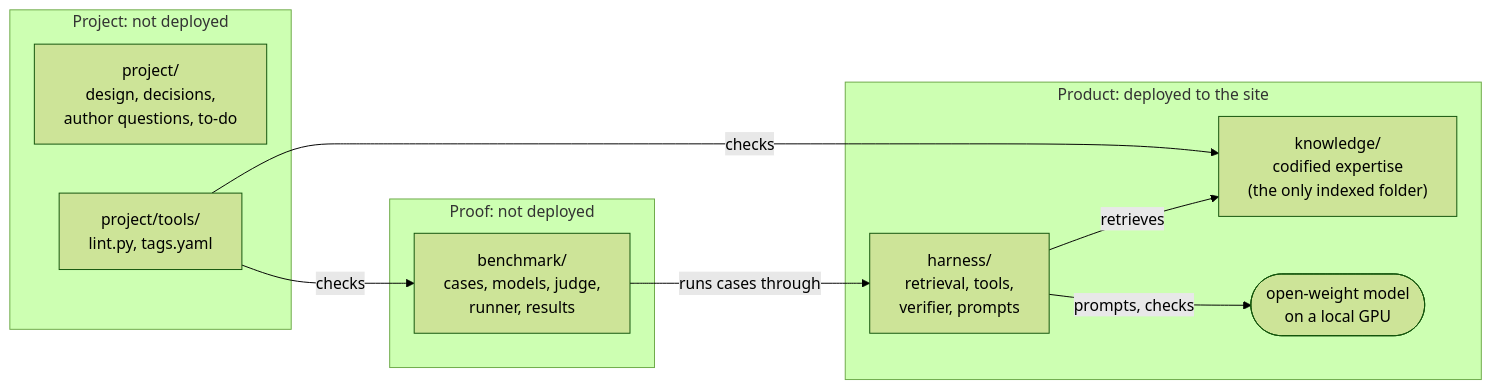
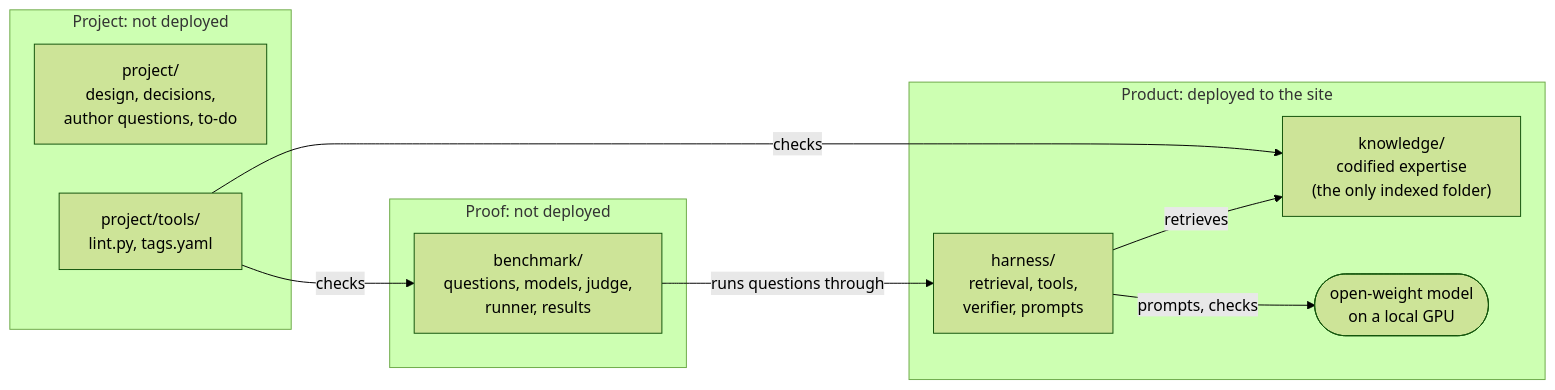
One commit to e1-rahabok/agent-e2 changed the diagram in README.md. Above: the diagram before and after it, drawn with Mermaid (forest theme). The commit also changed other lines of this file and 64 other files, not shown here.

````diff
--- a/README.md
+++ b/README.md
@@ -36,20 +36,20 @@
 ```mermaid
 flowchart LR
   subgraph Product["Product: deployed to the site"]
     K["knowledge/<br/>codified expertise<br/>(the only indexed folder)"]
     H["harness/<br/>retrieval, tools,<br/>verifier, prompts"]
     M(["open-weight model<br/>on a local GPU"])
     H -->|retrieves| K
     H -->|prompts, checks| M
   end
   subgraph Proof["Proof: not deployed"]
-    B["benchmark/<br/>cases, models, judge,<br/>runner, results"]
+    B["benchmark/<br/>questions, models, judge,<br/>runner, results"]
   end
   subgraph Project["Project: not deployed"]
     P["project/<br/>design, decisions,<br/>author questions, to-do"]
     T["project/tools/<br/>lint.py, tags.yaml"]
   end
-  B -->|runs cases through| H
+  B -->|runs questions through| H
   T -->|checks| K
   T -->|checks| B
 ```
````
